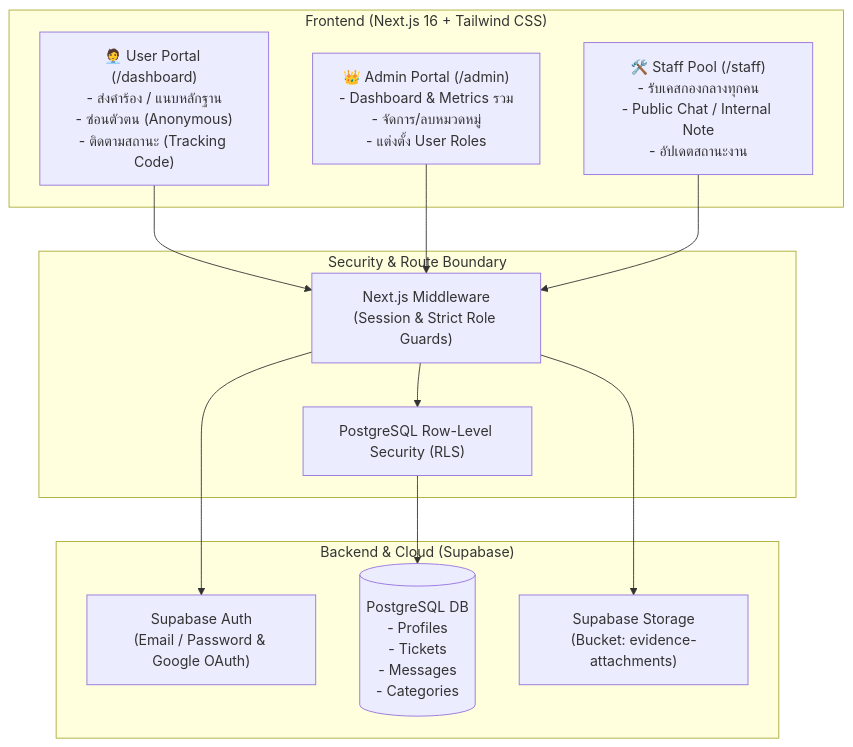
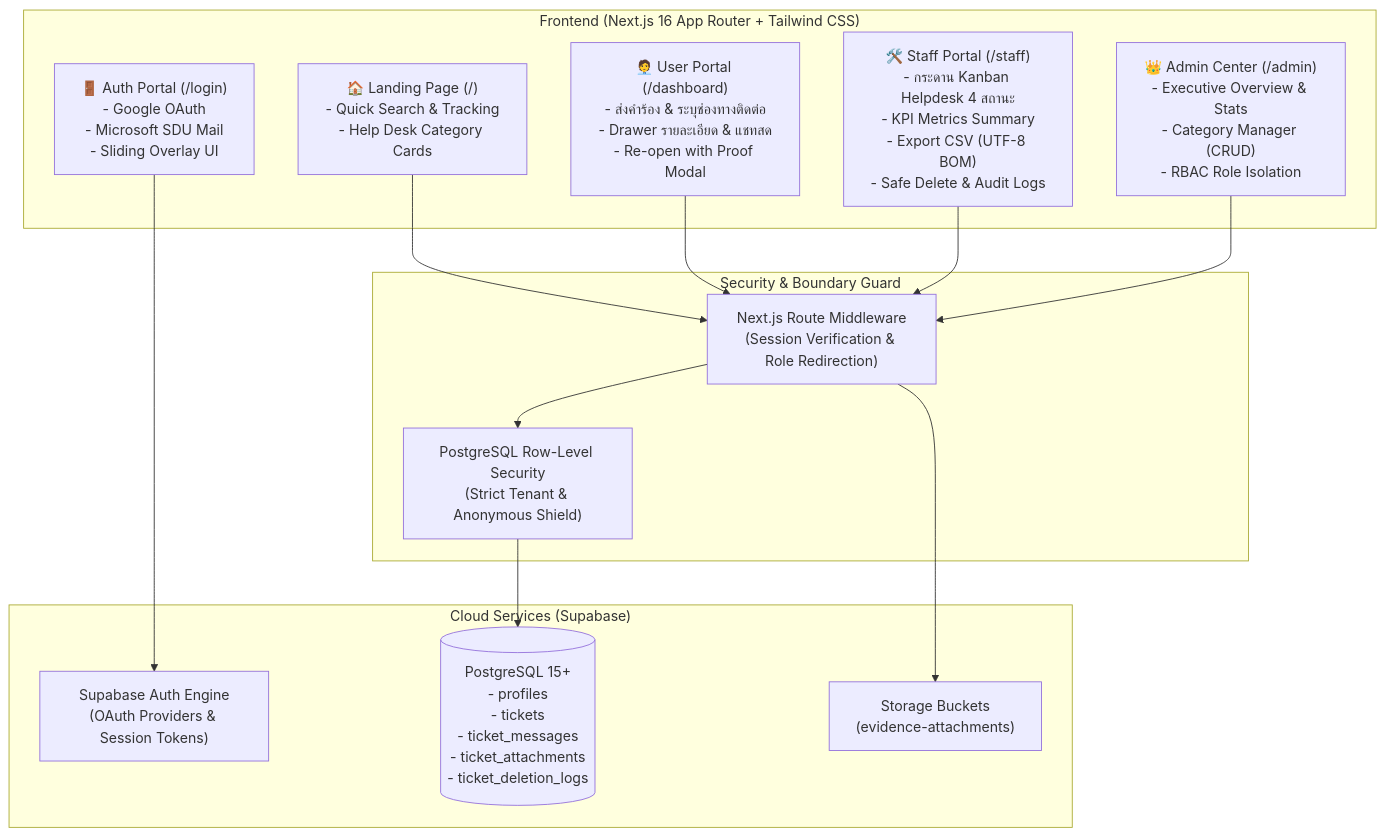
The first of 2 diagrams in README.md (Hosxiz/complaintSystem), drawn with Mermaid before and after one commit. The commit also changed other lines of this file, not shown here.

````diff
--- a/README.md
+++ b/README.md
@@ -37,28 +60,31 @@
 ```mermaid
 flowchart TD
-    subgraph Client ["Frontend (Next.js 16 + Tailwind CSS)"]
-        UserPortal["🧑‍💼 User Portal (/dashboard)<br/>- ส่งคำร้อง / แนบหลักฐาน<br/>- ซ่อนตัวตน (Anonymous)<br/>- ติดตามสถานะ (Tracking Code)"]
-        StaffPortal["🛠️ Staff Pool (/staff)<br/>- รับเคสกองกลางทุกคน<br/>- Public Chat / Internal Note<br/>- อัปเดตสถานะงาน"]
-        AdminPortal["👑 Admin Portal (/admin)<br/>- Dashboard & Metrics รวม<br/>- จัดการ/ลบหมวดหมู่<br/>- แต่งตั้ง User Roles"]
+    subgraph Client ["Frontend (Next.js 16 App Router + Tailwind CSS)"]
+        Landing["🏠 Landing Page (/)<br/>- Quick Search & Tracking<br/>- Help Desk Category Cards"]
+        AuthUI["🚪 Auth Portal (/login)<br/>- Google OAuth<br/>- Microsoft SDU Mail<br/>- Sliding Overlay UI"]
+        UserPortal["🧑‍💼 User Portal (/dashboard)<br/>- ส่งคำร้อง & ระบุช่องทางติดต่อ<br/>- Drawer รายละเอียด & แชทสด<br/>- Re-open with Proof Modal"]
+        StaffPortal["🛠️ Staff Portal (/staff)<br/>- กระดาน Kanban Helpdesk 4 สถานะ<br/>- KPI Metrics Summary<br/>- Export CSV (UTF-8 BOM)<br/>- Safe Delete & Audit Logs"]
+        AdminPortal["👑 Admin Center (/admin)<br/>- Executive Overview & Stats<br/>- Category Manager (CRUD)<br/>- RBAC Role Isolation"]
     end
 
-    subgraph SecurityBoundary ["Security & Route Boundary"]
-        Middleware["Next.js Middleware<br/>(Session & Strict Role Guards)"]
-        RLS["PostgreSQL Row-Level Security (RLS)"]
+    subgraph SecurityBoundary ["Security & Boundary Guard"]
+        Middleware["Next.js Route Middleware<br/>(Session Verification & Role Redirection)"]
+        RLS["PostgreSQL Row-Level Security<br/>(Strict Tenant & Anonymous Shield)"]
     end
 
-    subgraph Backend ["Backend & Cloud (Supabase)"]
-        Auth["Supabase Auth<br/>(Email / Password & Google OAuth)"]
-        DB[("PostgreSQL DB<br/>- Profiles<br/>- Tickets<br/>- Messages<br/>- Categories")]
-        Storage["Supabase Storage<br/>(Bucket: evidence-attachments)"]
+    subgraph CloudBackend ["Cloud Services (Supabase)"]
+        AuthService["Supabase Auth Engine<br/>(OAuth Providers & Session Tokens)"]
+        DB[("PostgreSQL 15+<br/>- profiles<br/>- tickets<br/>- ticket_messages<br/>- ticket_attachments<br/>- ticket_deletion_logs")]
+        Storage["Storage Buckets<br/>(evidence-attachments)"]
     end
 
+    Landing --> Middleware
+    AuthUI --> AuthService
     UserPortal --> Middleware
+    StaffPortal --> Middleware
     AdminPortal --> Middleware
-    StaffPortal --> Middleware
 
     Middleware --> RLS
     RLS --> DB
-    Middleware --> Auth
     Middleware --> Storage
 ```
````
